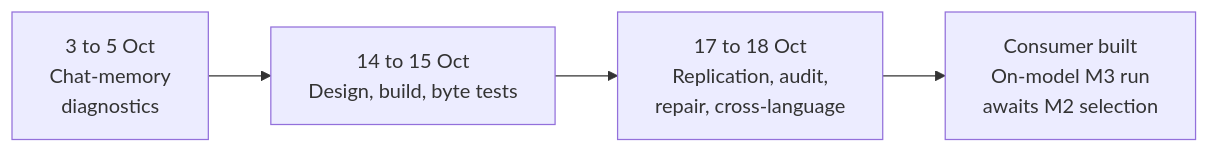
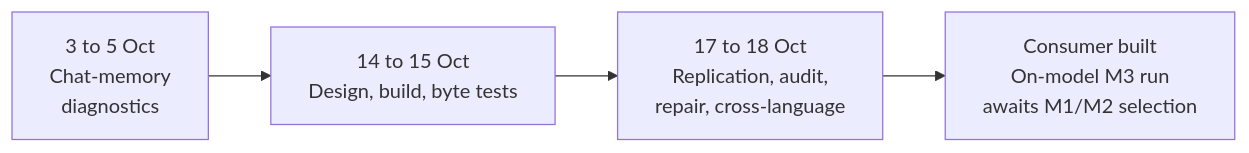
One commit to UOR-Foundation/uor-r4 changed the diagram in docs/research/lines/m3-durable-memory.md. Above: the diagram before and after it, drawn with Mermaid. The commit also changed other lines of this file and 28 other files, not shown here.

````diff
--- a/docs/research/lines/m3-durable-memory.md
+++ b/docs/research/lines/m3-durable-memory.md
@@ -16,6 +16,6 @@
 ```mermaid
 flowchart LR
   A["3 to 5 Oct<br/>Chat-memory<br/>diagnostics"] --> B["14 to 15 Oct<br/>Design, build, byte tests"]
   B --> C["17 to 18 Oct<br/>Replication, audit,<br/>repair, cross-language"]
-  C --> D["Consumer built<br/>On-model M3 run<br/>awaits M2 selection"]
+  C --> D["Consumer built<br/>On-model M3 run<br/>awaits M1/M2 selection"]
 ```
````
